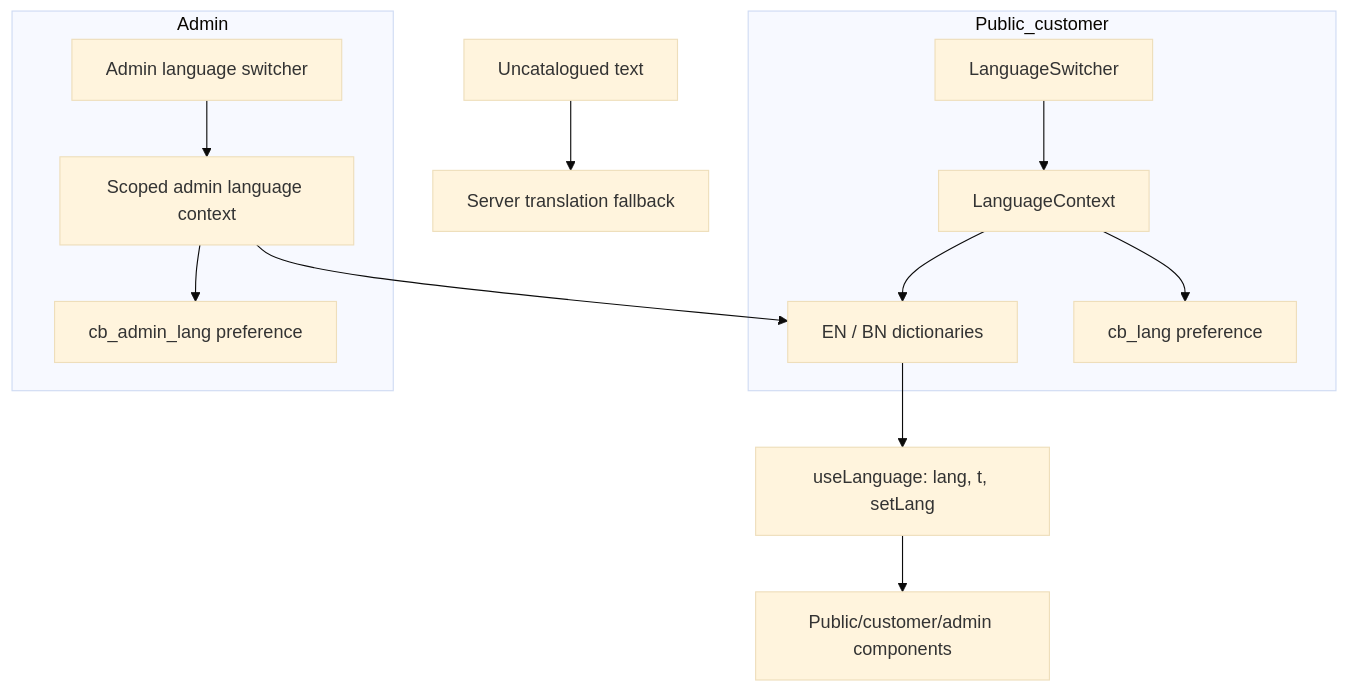
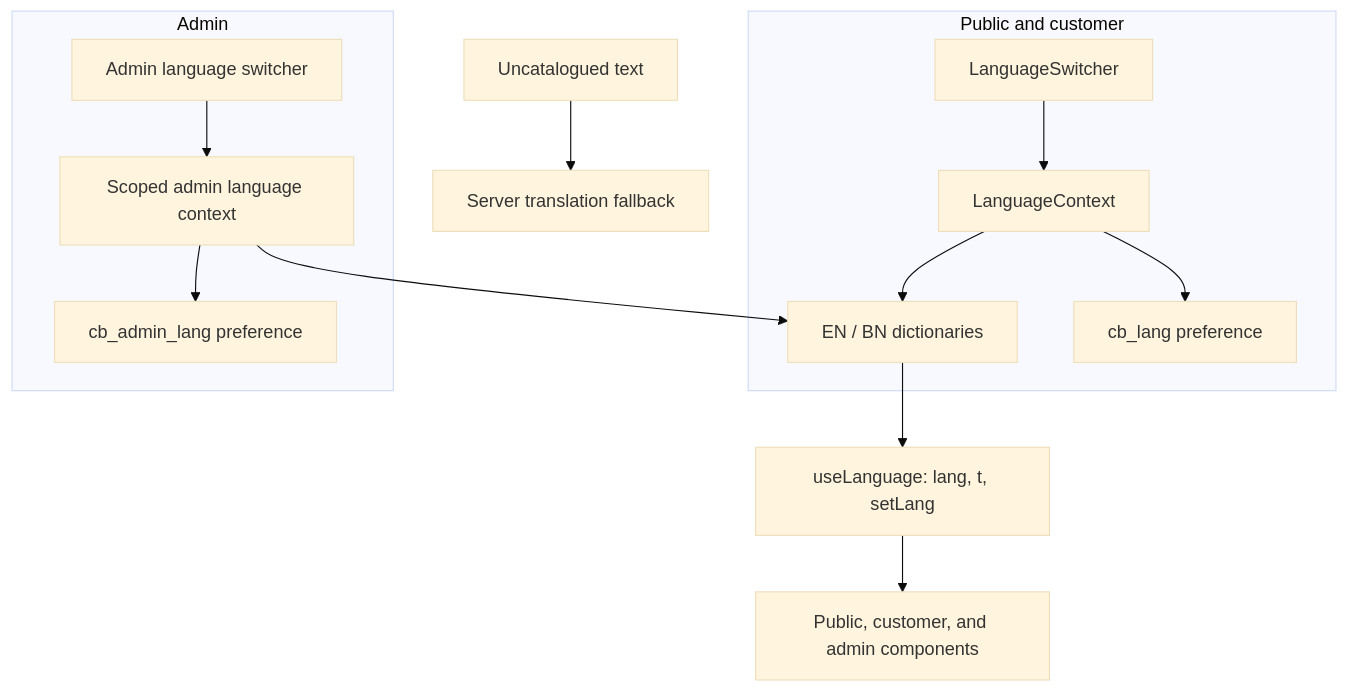
The diagram in Language_Translation_Process.md (zakaria-akash/care-bangla-group-web-application), drawn with Mermaid (base theme) before and after one commit. The commit also changed 9 other files, not shown here.

Commit message:
Refactor mermaid diagrams for improved clarity and consistency across documentation

````diff
--- a/Language_Translation_Process.md
+++ b/Language_Translation_Process.md
@@ -9,16 +9,16 @@
 ```mermaid
 flowchart TB
-  subgraph Public_customer
-    Toggle[LanguageSwitcher] --> PublicCtx[LanguageContext]
-    PublicCtx --> Dict[EN / BN dictionaries]
-    PublicCtx --> PublicKey[cb_lang preference]
+  subgraph Public_customer["Public and customer"]
+    Toggle["LanguageSwitcher"] --> PublicCtx["LanguageContext"]
+    PublicCtx --> Dict["EN / BN dictionaries"]
+    PublicCtx --> PublicKey["cb_lang preference"]
   end
-  subgraph Admin
-    AdminToggle[Admin language switcher] --> AdminCtx[Scoped admin language context]
+  subgraph Admin["Admin"]
+    AdminToggle["Admin language switcher"] --> AdminCtx["Scoped admin language context"]
     AdminCtx --> Dict
-    AdminCtx --> AdminKey[cb_admin_lang preference]
+    AdminCtx --> AdminKey["cb_admin_lang preference"]
   end
-  Dict --> Hook[useLanguage: lang, t, setLang]
-  Hook --> Components[Public/customer/admin components]
-  Missing[Uncatalogued text] --> TranslationRoute[Server translation fallback]
+  Dict --> Hook["useLanguage: lang, t, setLang"]
+  Hook --> Components["Public, customer, and admin components"]
+  Missing["Uncatalogued text"] --> TranslationRoute["Server translation fallback"]
 ```
````
